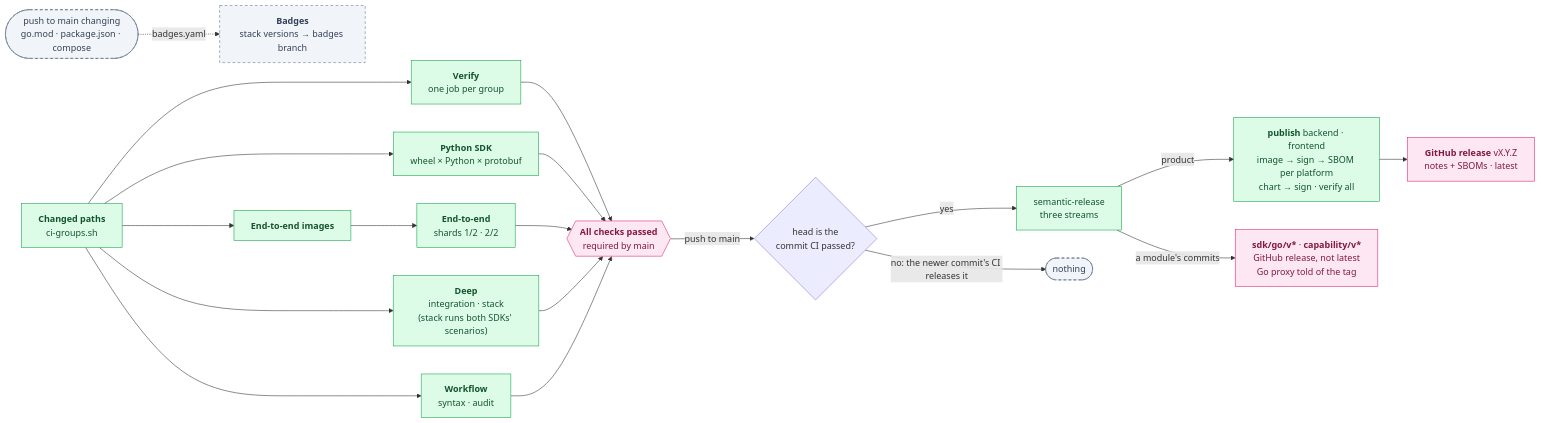
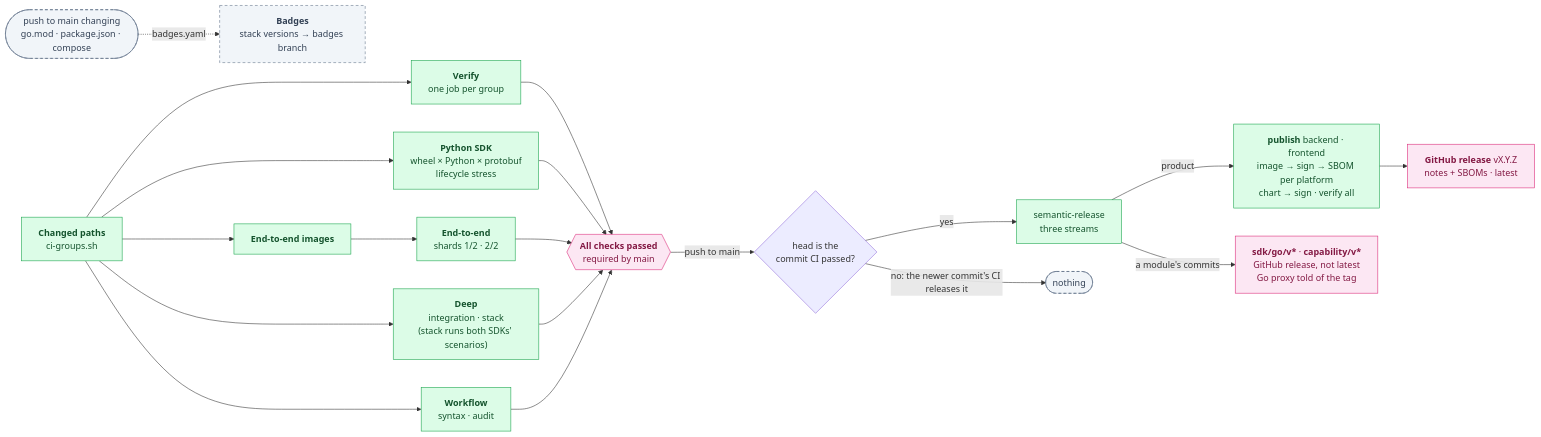
One commit to oleg-tkachuk/paladin changed the diagram in docs/how-changes-land.md. Above: the diagram before and after it, drawn with Mermaid. The commit also changed other lines of this file and 7 other files, not shown here.

````diff
--- a/docs/how-changes-land.md
+++ b/docs/how-changes-land.md
@@ -35,34 +37,34 @@
 ```mermaid
 flowchart LR
     chg["<b>Changed paths</b><br/>ci-groups.sh"]
     v["<b>Verify</b><br/>one job per group"]
-    py["<b>Python SDK</b><br/>wheel × Python × protobuf"]
+    py["<b>Python SDK</b><br/>wheel × Python × protobuf<br/>lifecycle stress"]
     img["<b>End-to-end images</b>"]
     e2e["<b>End-to-end</b><br/>shards 1/2 · 2/2"]
     deep["<b>Deep</b><br/>integration · stack<br/>(stack runs both SDKs' scenarios)"]
     wf["<b>Workflow</b><br/>syntax · audit"]
     ok{{"<b>All checks passed</b><br/>required by main"}}
     head{"head is the<br/>commit CI passed?"}
     tag["semantic-release<br/>three streams"]
     pub["<b>publish</b> backend · frontend<br/>image → sign → SBOM per platform<br/>chart → sign · verify all"]
     ann["<b>GitHub release</b> vX.Y.Z<br/>notes + SBOMs · latest"]
     mods["<b>sdk/go/v*</b> · <b>capability/v*</b><br/>GitHub release, not latest<br/>Go proxy told of the tag"]
     badges["<b>Badges</b><br/>stack versions → badges branch"]
 
     chg --> v & py & img & deep & wf
     img --> e2e
     v & py & e2e & deep & wf --> ok
     ok -- "push to main" --> head
     head -- yes --> tag
     tag -- "product" --> pub --> ann
     tag -- "a module's commits" --> mods
     head -- "no: the newer commit's CI releases it" --> skip(["nothing"])
     pin(["push to main changing<br/>go.mod · package.json · compose"]) -. "badges.yaml" .-> badges
 
     classDef role fill:#DCFCE7,stroke:#16A34A,color:#14532D
     classDef optional fill:#F1F5F9,stroke:#64748B,color:#334155,stroke-dasharray:5 4
     classDef external fill:#FCE7F3,stroke:#DB2777,color:#831843
     class chg,v,py,img,e2e,deep,wf,tag,pub role
     class skip,badges,pin optional
     class ok,ann,mods external
 ```
````
